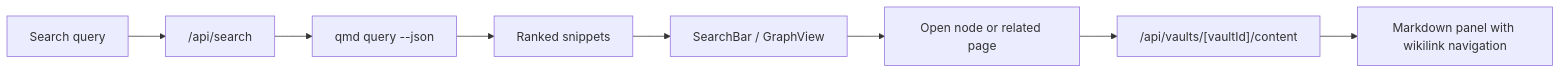
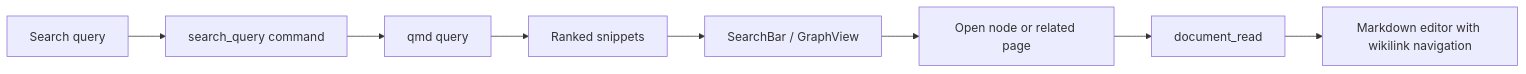
One commit to h01t/braniac changed the third of 4 diagrams in docs/Architecture_and_Workflow.md. Above: the diagram before and after it, drawn with Mermaid. The commit also changed other lines of this file and 32 other files, not shown here.

````diff
--- a/docs/Architecture_and_Workflow.md
+++ b/docs/Architecture_and_Workflow.md
@@ -68,10 +62,10 @@
 ```mermaid
 flowchart LR
-    Q["Search query"] --> S["/api/search"]
-    S --> QMD["qmd query --json"]
+    Q["Search query"] --> CMD["search_query command"]
+    CMD --> QMD["qmd query"]
     QMD --> R["Ranked snippets"]
     R --> UI["SearchBar / GraphView"]
     UI --> N["Open node or related page"]
-    N --> C["/api/vaults/[vaultId]/content"]
-    C --> M["Markdown panel with wikilink navigation"]
+    N --> CMD2["document_read"]
+    CMD2 --> M["Markdown editor with wikilink navigation"]
 ```
````
